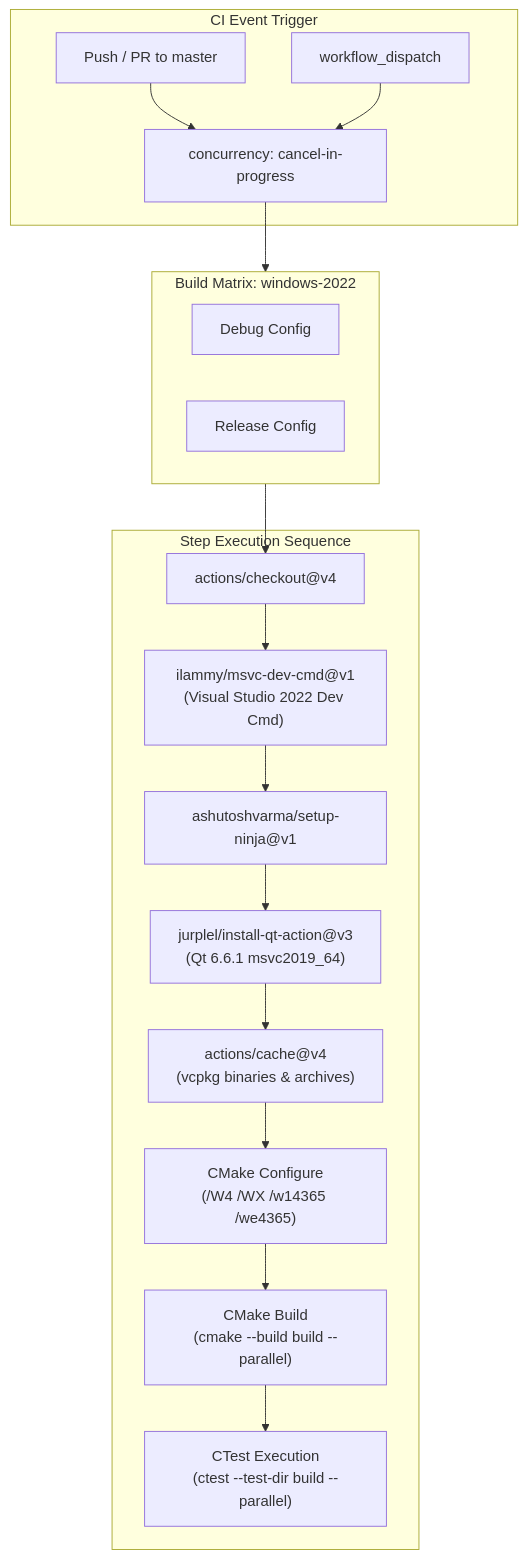
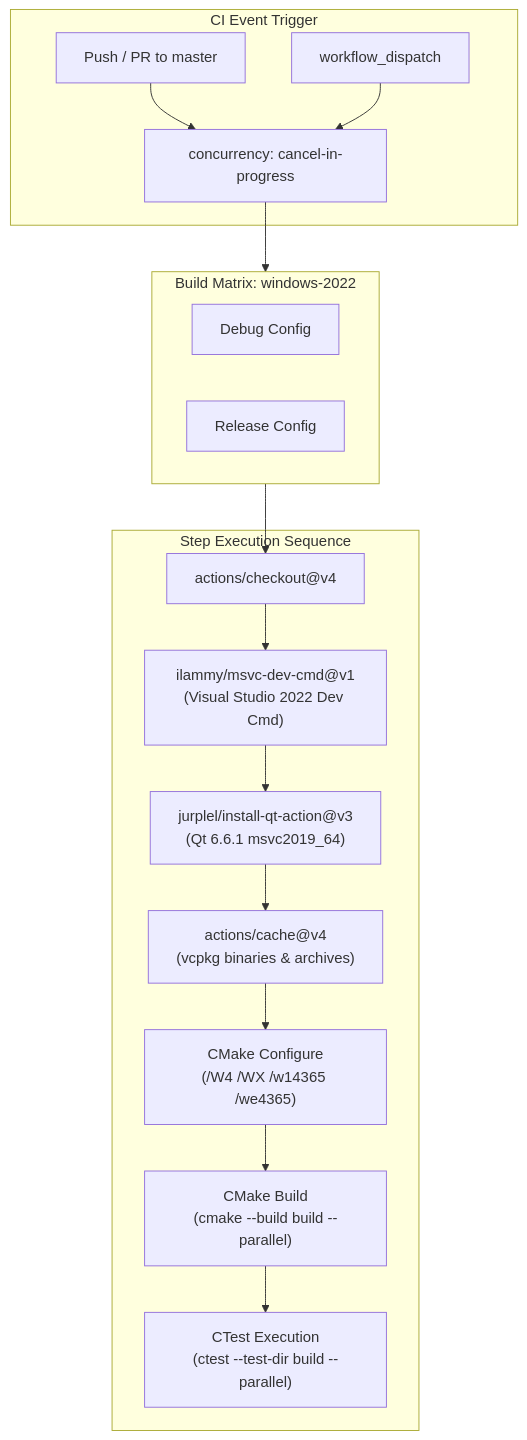
Before and after one commit to svagionitis/PelcoD-Controller: the fourth of 4 diagrams in docs/msvc_c4365_recommendations_plan.md, drawn with Mermaid. The commit also changed other lines of this file and 3 other files, not shown here.

First line of the commit message:
ci(windows): remove deprecated setup-ninja action

````diff
--- a/docs/msvc_c4365_recommendations_plan.md
+++ b/docs/msvc_c4365_recommendations_plan.md
@@ -500,29 +499,28 @@
 ```mermaid
 flowchart TD
     subgraph Trigger["CI Event Trigger"]
         T1["Push / PR to master"] --> G1["concurrency: cancel-in-progress"]
         T2["workflow_dispatch"] --> G1
     end
 
     subgraph Matrix["Build Matrix: windows-2022"]
         M1["Debug Config"]
         M2["Release Config"]
     end
 
     G1 --> Matrix
 
     subgraph Pipeline["Step Execution Sequence"]
         S1["actions/checkout@v4"]
         S2["ilammy/msvc-dev-cmd@v1<br/>(Visual Studio 2022 Dev Cmd)"]
-        S3["ashutoshvarma/setup-ninja@v1"]
         S4["jurplel/install-qt-action@v3<br/>(Qt 6.6.1 msvc2019_64)"]
         S5["actions/cache@v4<br/>(vcpkg binaries & archives)"]
         S6["CMake Configure<br/>(/W4 /WX /w14365 /we4365)"]
         S7["CMake Build<br/>(cmake --build build --parallel)"]
         S8["CTest Execution<br/>(ctest --test-dir build --parallel)"]
 
-        S1 --> S2 --> S3 --> S4 --> S5 --> S6 --> S7 --> S8
+        S1 --> S2 --> S4 --> S5 --> S6 --> S7 --> S8
     end
 
     Matrix --> S1
 ```
````
